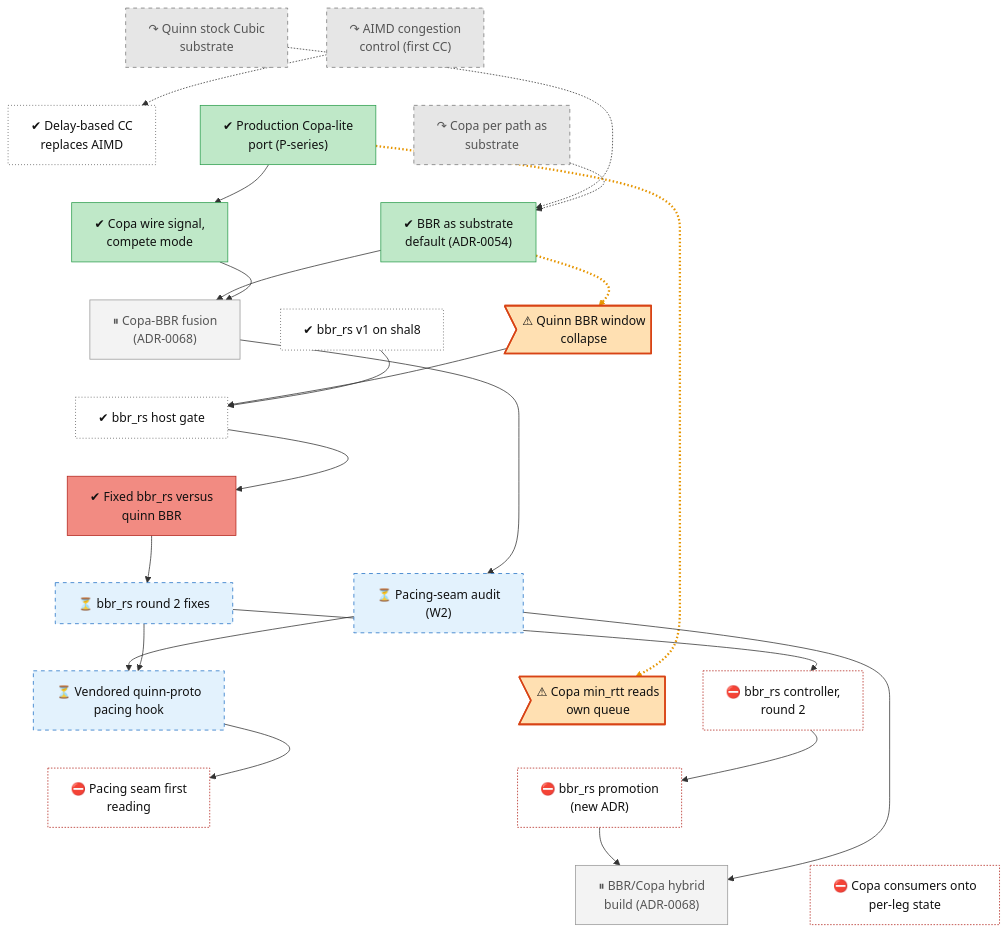
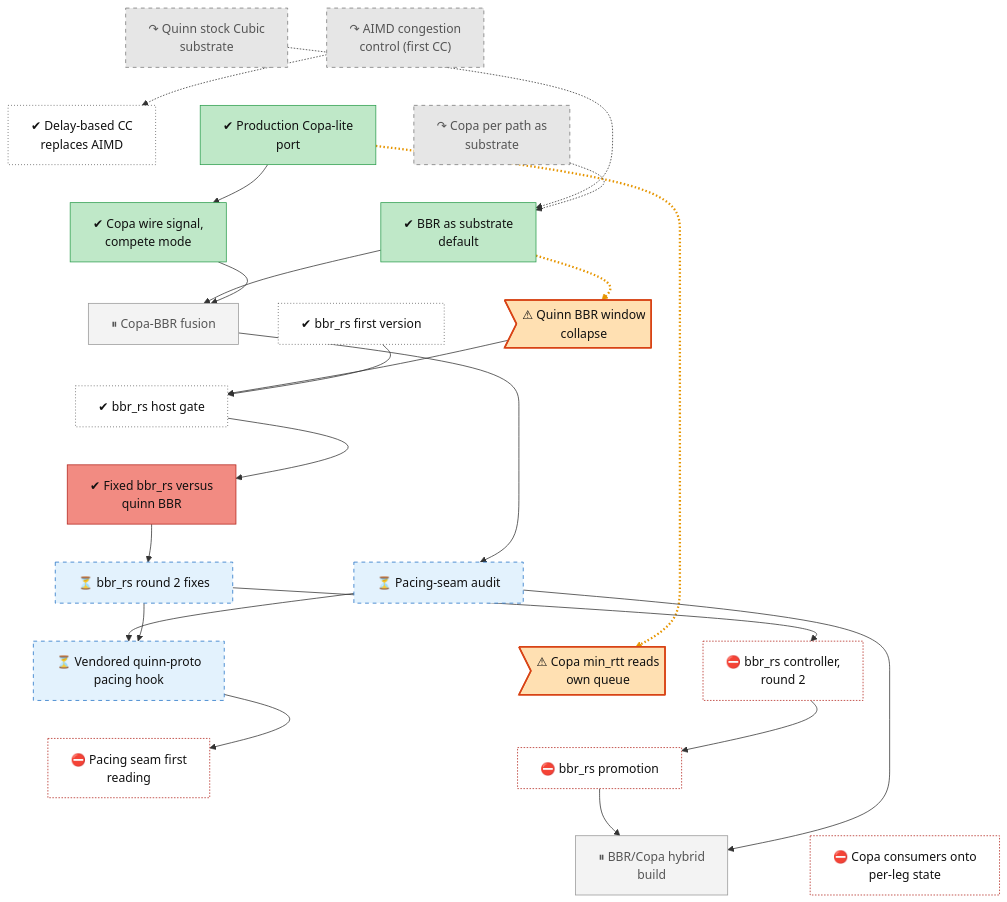
The diagram in docs/roadmap/tracks/cc.md (lhns/raptorpath), drawn with Mermaid before and after one commit. The commit also changed other lines of this file and 13 other files, not shown here.

First line of the commit message:
roadmap: titles without internal codes - no ADR numbers, arm and gate names, test-cell names, plan, lever or phase letters; a removed code with no other record is kept in notes

```diff
--- a/docs/roadmap/tracks/cc.md
+++ b/docs/roadmap/tracks/cc.md
@@ -12,23 +12,23 @@
     cc_cubic_substrate["↷ Quinn stock Cubic<br/>substrate"]
     cc_aimd_v1["↷ AIMD congestion<br/>control (first CC)"]
     cc_early_delay_cc["✔ Delay-based CC<br/>replaces AIMD"]
-    cc_copa_lite["✔ Production Copa-lite<br/>port (P-series)"]
+    cc_copa_lite["✔ Production Copa-lite<br/>port"]
     cc_copa_sole_substrate["↷ Copa per path as<br/>substrate"]
     cc_copa_wire_signal["✔ Copa wire signal,<br/>compete mode"]
-    cc_bbr_default["✔ BBR as substrate<br/>default (ADR-0054)"]
-    cc_adr68_fusion["⏸ Copa-BBR fusion<br/>(ADR-0068)"]
-    cc_bbrrs_v1["✔ bbr_rs v1 on shal8"]
+    cc_bbr_default["✔ BBR as substrate<br/>default"]
+    cc_adr68_fusion["⏸ Copa-BBR fusion"]
+    cc_bbrrs_v1["✔ bbr_rs first version"]
     cc_quinn_bbr_collapse>"⚠ Quinn BBR window<br/>collapse"]
     cc_s48_host_gate["✔ bbr_rs host gate"]
     cc_bbrrs_r1["✔ Fixed bbr_rs versus<br/>quinn BBR"]
     cc_bbrrs_r2["⏳ bbr_rs round 2 fixes"]
-    cc_pacing_audit["⏳ Pacing-seam audit<br/>(W2)"]
+    cc_pacing_audit["⏳ Pacing-seam audit"]
     cc_pacing_seam["⏳ Vendored quinn-proto<br/>pacing hook"]
     cc_defect_copa_minrtt>"⚠ Copa min_rtt reads<br/>own queue"]
     cc_s48d_session["⛔ bbr_rs controller,<br/>round 2"]
     cc_pacing_seam_reading["⛔ Pacing seam first<br/>reading"]
-    cc_bbrrs_promote["⛔ bbr_rs promotion<br/>(new ADR)"]
-    cc_hybrid["⏸ BBR/Copa hybrid<br/>build (ADR-0068)"]
+    cc_bbrrs_promote["⛔ bbr_rs promotion"]
+    cc_hybrid["⏸ BBR/Copa hybrid<br/>build"]
     cc_copa_consumers["⛔ Copa consumers onto<br/>per-leg state"]
     cc_cubic_substrate ~~~ cc_early_delay_cc
     cc_aimd_v1 ~~~ cc_copa_lite
```
